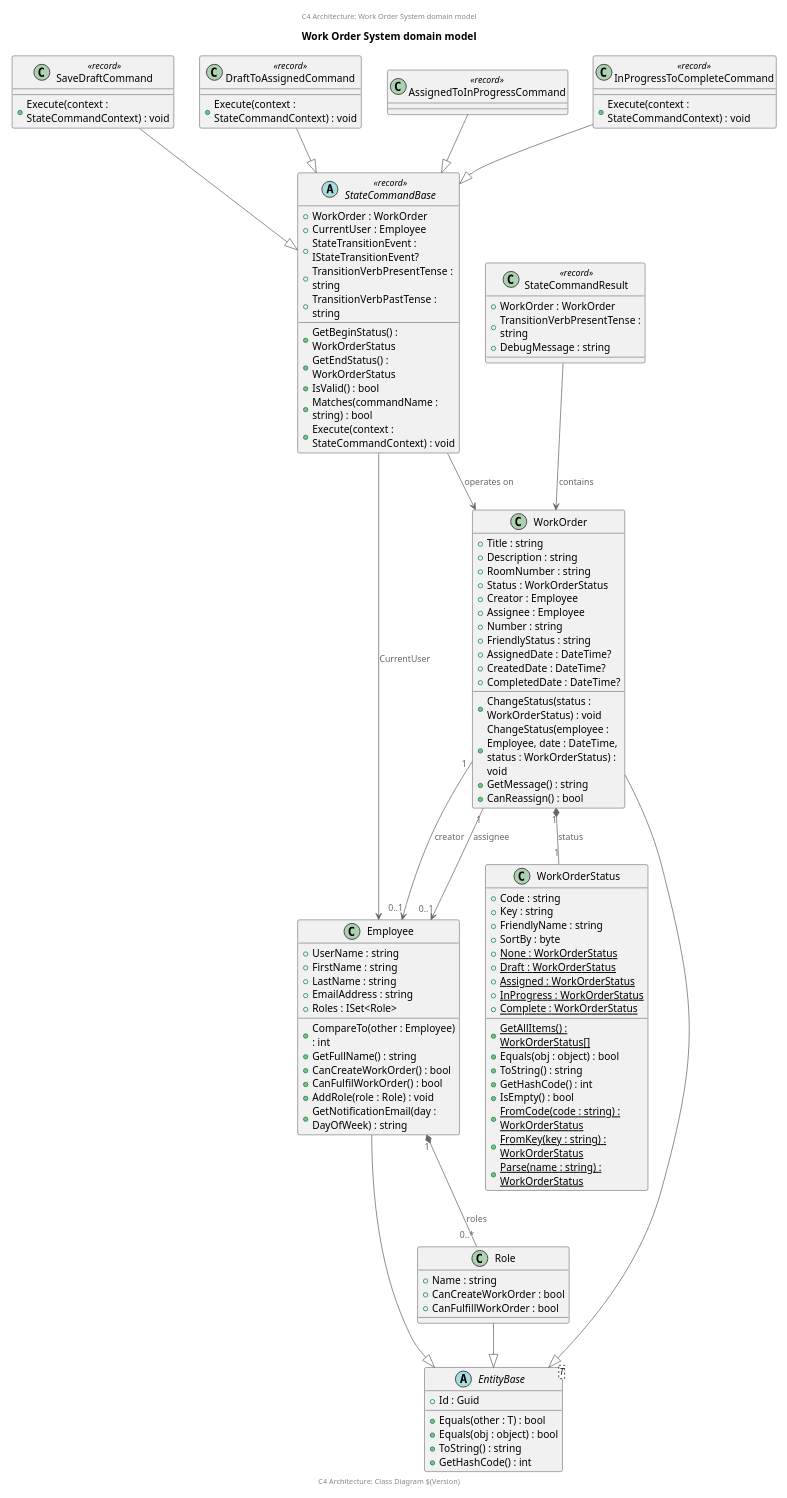
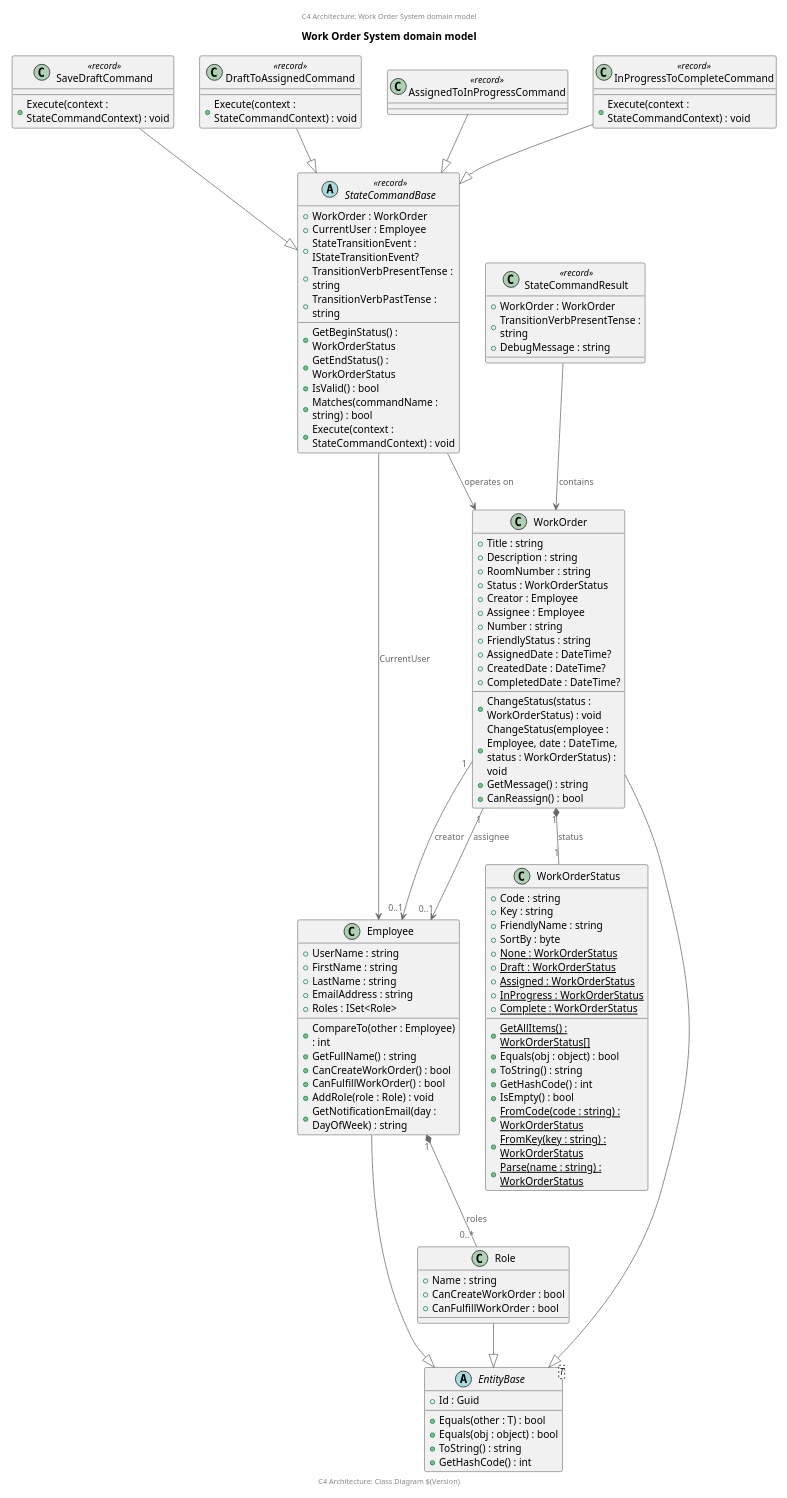
Before and after one commit to ClearMeasureLabs/bootcamp-palermo-workorders: the diagram in arch/arch-c4-class-domain-model.puml, drawn with PlantUML. The commit also changed 4 other files, not shown here.

Commit message:
fix: rename CanFulfilWorkOrder to CanFulfillWorkOrder (#500) [AB#500]

```diff
--- a/arch/arch-c4-class-domain-model.puml
+++ b/arch/arch-c4-class-domain-model.puml
@@ -1,138 +1,138 @@
 @startuml
 
 scale 2/3
 'left to right direction
 center header
     C4 Architecture: Work Order System domain model
 endheader
 
 !includeurl https://raw.githubusercontent.com/RicardoNiepel/C4-PlantUML/master/C4_Component.puml
 
 title Work Order System domain model
 
 abstract class EntityBase<T> {
   +Id : Guid
   +Equals(other : T) : bool
   +Equals(obj : object) : bool
   +ToString() : string
   +GetHashCode() : int
 }
 
 class WorkOrder {
   +Title : string
   +Description : string
   +RoomNumber : string
   +Status : WorkOrderStatus
   +Creator : Employee
   +Assignee : Employee
   +Number : string
   +FriendlyStatus : string
   +AssignedDate : DateTime?
   +CreatedDate : DateTime?
   +CompletedDate : DateTime?
   +ChangeStatus(status : WorkOrderStatus) : void
   +ChangeStatus(employee : Employee, date : DateTime, status : WorkOrderStatus) : void
   +GetMessage() : string
   +CanReassign() : bool
 }
 
 class Employee {
   +UserName : string
   +FirstName : string
   +LastName : string
   +EmailAddress : string
   +Roles : ISet<Role>
   +CompareTo(other : Employee) : int
   +GetFullName() : string
   +CanCreateWorkOrder() : bool
-  +CanFulfilWorkOrder() : bool
+  +CanFulfillWorkOrder() : bool
   +AddRole(role : Role) : void
   +GetNotificationEmail(day : DayOfWeek) : string
 }
 
 class WorkOrderStatus {
   +Code : string
   +Key : string
   +FriendlyName : string
   +SortBy : byte
   {static} +None : WorkOrderStatus
   {static} +Draft : WorkOrderStatus
   {static} +Assigned : WorkOrderStatus
   {static} +InProgress : WorkOrderStatus
   {static} +Complete : WorkOrderStatus
   {static} +GetAllItems() : WorkOrderStatus[]
   +Equals(obj : object) : bool
   +ToString() : string
   +GetHashCode() : int
   +IsEmpty() : bool
   {static} +FromCode(code : string) : WorkOrderStatus
   {static} +FromKey(key : string) : WorkOrderStatus
   {static} +Parse(name : string) : WorkOrderStatus
 }
 
 class Role {
   +Name : string
   +CanCreateWorkOrder : bool
   +CanFulfillWorkOrder : bool
 }
 
 abstract class StateCommandBase <<record>> {
   +WorkOrder : WorkOrder
   +CurrentUser : Employee
   +StateTransitionEvent : IStateTransitionEvent?
   +TransitionVerbPresentTense : string
   +TransitionVerbPastTense : string
   +GetBeginStatus() : WorkOrderStatus
   +GetEndStatus() : WorkOrderStatus
   +IsValid() : bool
   +Matches(commandName : string) : bool
   +Execute(context : StateCommandContext) : void
 }
 
 class SaveDraftCommand <<record>> {
   +Execute(context : StateCommandContext) : void
 }
 
 class DraftToAssignedCommand <<record>> {
   +Execute(context : StateCommandContext) : void
 }
 
 class AssignedToInProgressCommand <<record>> {
 }
 
 class InProgressToCompleteCommand <<record>> {
   +Execute(context : StateCommandContext) : void
 }
 
 class StateCommandResult <<record>> {
   +WorkOrder : WorkOrder
   +TransitionVerbPresentTense : string
   +DebugMessage : string
 }
 
 ' Inheritance relationships
 WorkOrder --|> EntityBase
 Employee --|> EntityBase
 Role --|> EntityBase
 
 ' State command inheritance
 SaveDraftCommand --|> StateCommandBase
 DraftToAssignedCommand --|> StateCommandBase
 AssignedToInProgressCommand --|> StateCommandBase
 InProgressToCompleteCommand --|> StateCommandBase
 
 ' Associations
 WorkOrder "1" *-- "1" WorkOrderStatus : status
 WorkOrder "1" --> "0..1" Employee : creator
 WorkOrder "1" --> "0..1" Employee : assignee
 Employee "1" *-- "0..*" Role : roles
 
 ' State command associations
 StateCommandBase --> WorkOrder : operates on
 StateCommandBase --> Employee : CurrentUser
 StateCommandResult --> WorkOrder : contains
 
 center footer
     C4 Architecture: Class Diagram $(Version)
 endfooter
 @enduml
```
